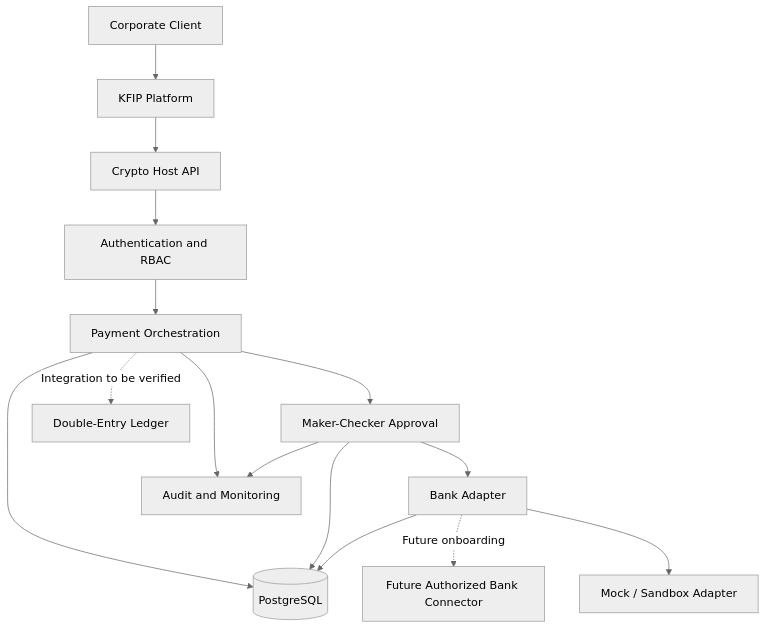
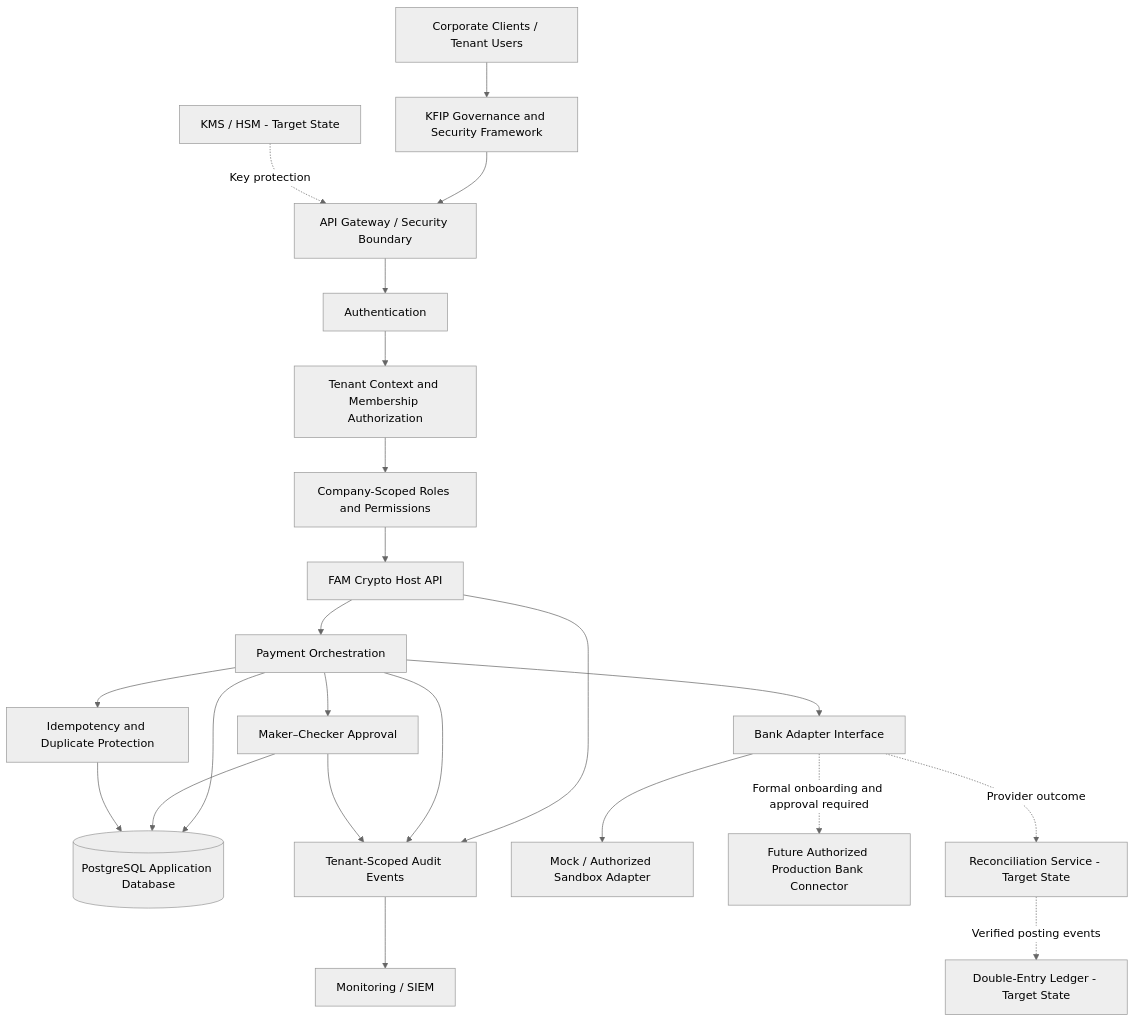
Before and after one commit to kongali1720/qkd-financial-infrastructure: the first of 2 diagrams in docs/25-cryptohost-integration-architecture.md, drawn with Mermaid (neutral theme). The commit also changed other lines of this file, not shown here.

Commit message:
docs(kfip): upgrade Crypto Host architecture to v0.2.0

````diff
--- a/docs/25-cryptohost-integration-architecture.md
+++ b/docs/25-cryptohost-integration-architecture.md
@@ -39,30 +52,45 @@
 ```mermaid
-flowchart TD
-    CLIENT["Corporate Client"]
-    KFIP["KFIP Platform"]
-    API["Crypto Host API"]
-    AUTH["Authentication and RBAC"]
+flowchart TB
+    CLIENT["Corporate Clients / Tenant Users"]
+    KFIP["KFIP Governance and Security Framework"]
+    GATEWAY["API Gateway / Security Boundary"]
+    AUTH["Authentication"]
+    TENANT["Tenant Context and Membership Authorization"]
+    RBAC["Company-Scoped Roles and Permissions"]
+    API["FAM Crypto Host API"]
     PAYMENT["Payment Orchestration"]
-    APPROVAL["Maker-Checker Approval"]
-    ADAPTER["Bank Adapter"]
-    MOCK["Mock / Sandbox Adapter"]
-    BANK["Future Authorized Bank Connector"]
-    DB[("PostgreSQL")]
-    AUDIT["Audit and Monitoring"]
-    LEDGER["Double-Entry Ledger"]
+    CHECKER["Maker–Checker Approval"]
+    IDEMP["Idempotency and Duplicate Protection"]
+    DB[("PostgreSQL Application Database")]
+    AUDIT["Tenant-Scoped Audit Events"]
+    ADAPTER["Bank Adapter Interface"]
+    MOCK["Mock / Authorized Sandbox Adapter"]
+    BANK["Future Authorized Production Bank Connector"]
+    RECON["Reconciliation Service - Target State"]
+    LEDGER["Double-Entry Ledger - Target State"]
+    OBS["Monitoring / SIEM"]
+    KMS["KMS / HSM - Target State"]
 
     CLIENT --> KFIP
-    KFIP --> API
-    API --> AUTH
-    AUTH --> PAYMENT
-    PAYMENT --> APPROVAL
-    APPROVAL --> ADAPTER
+    KFIP --> GATEWAY
+    GATEWAY --> AUTH
+    AUTH --> TENANT
+    TENANT --> RBAC
+    RBAC --> API
+    API --> PAYMENT
+    PAYMENT --> CHECKER
+    PAYMENT --> IDEMP
+    PAYMENT --> DB
+    CHECKER --> DB
+    IDEMP --> DB
+    API --> AUDIT
+    PAYMENT --> AUDIT
+    CHECKER --> AUDIT
+    AUDIT --> OBS
+    PAYMENT --> ADAPTER
     ADAPTER --> MOCK
-    ADAPTER -. "Future onboarding" .-> BANK
-    PAYMENT --> DB
-    APPROVAL --> DB
-    ADAPTER --> DB
-    PAYMENT --> AUDIT
-    APPROVAL --> AUDIT
-    PAYMENT -. "Integration to be verified" .-> LEDGER
+    ADAPTER -. "Formal onboarding and approval required" .-> BANK
+    ADAPTER -. "Provider outcome" .-> RECON
+    RECON -. "Verified posting events" .-> LEDGER
+    KMS -. "Key protection" .-> GATEWAY
 ```
````
